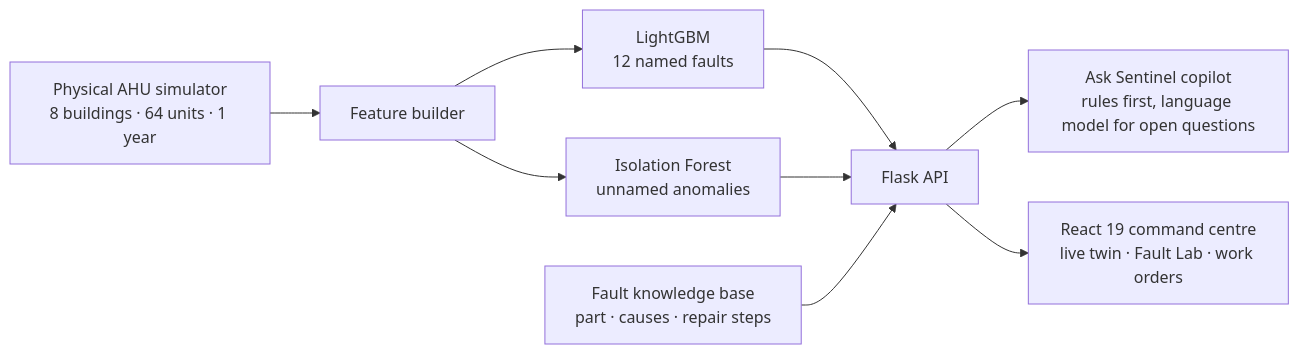
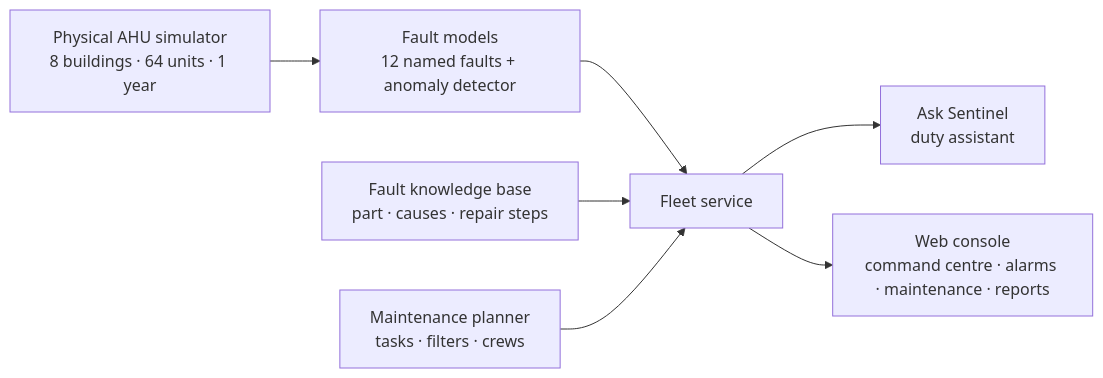
One commit to twinstack-studio/airsentinel changed the diagram in README.md. Above: the diagram before and after it, drawn with Mermaid. The commit also changed other lines of this file and 2 other files, not shown here.

Commit message:
Showcase: alarm handling, maintenance, operations reports, updated assistant

````diff
--- a/README.md
+++ b/README.md
@@ -52,11 +67,9 @@
 ```mermaid
 flowchart LR
-  SIM[Physical AHU simulator<br/>8 buildings · 64 units · 1 year] --> F[Feature builder]
-  F --> LGB[LightGBM<br/>12 named faults]
-  F --> IF[Isolation Forest<br/>unnamed anomalies]
-  LGB --> API[Flask API]
-  IF --> API
+  SIM[Physical AHU simulator<br/>8 buildings · 64 units · 1 year] --> M[Fault models<br/>12 named faults + anomaly detector]
+  M --> API[Fleet service]
   KB[Fault knowledge base<br/>part · causes · repair steps] --> API
-  API --> CP[Ask Sentinel copilot<br/>rules first, language model for open questions]
-  API --> UI[React 19 command centre<br/>live twin · Fault Lab · work orders]
+  PM[Maintenance planner<br/>tasks · filters · crews] --> API
+  API --> CP[Ask Sentinel<br/>duty assistant]
+  API --> UI[Web console<br/>command centre · alarms · maintenance · reports]
 ```
````
